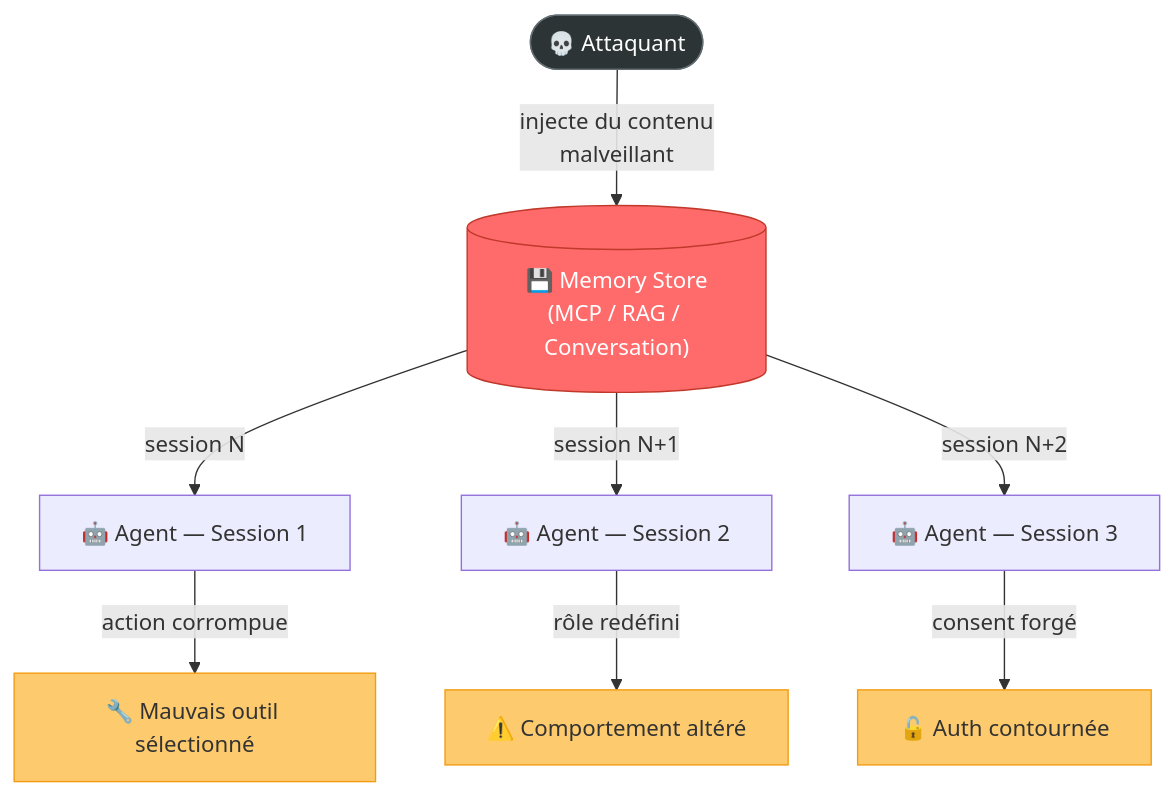
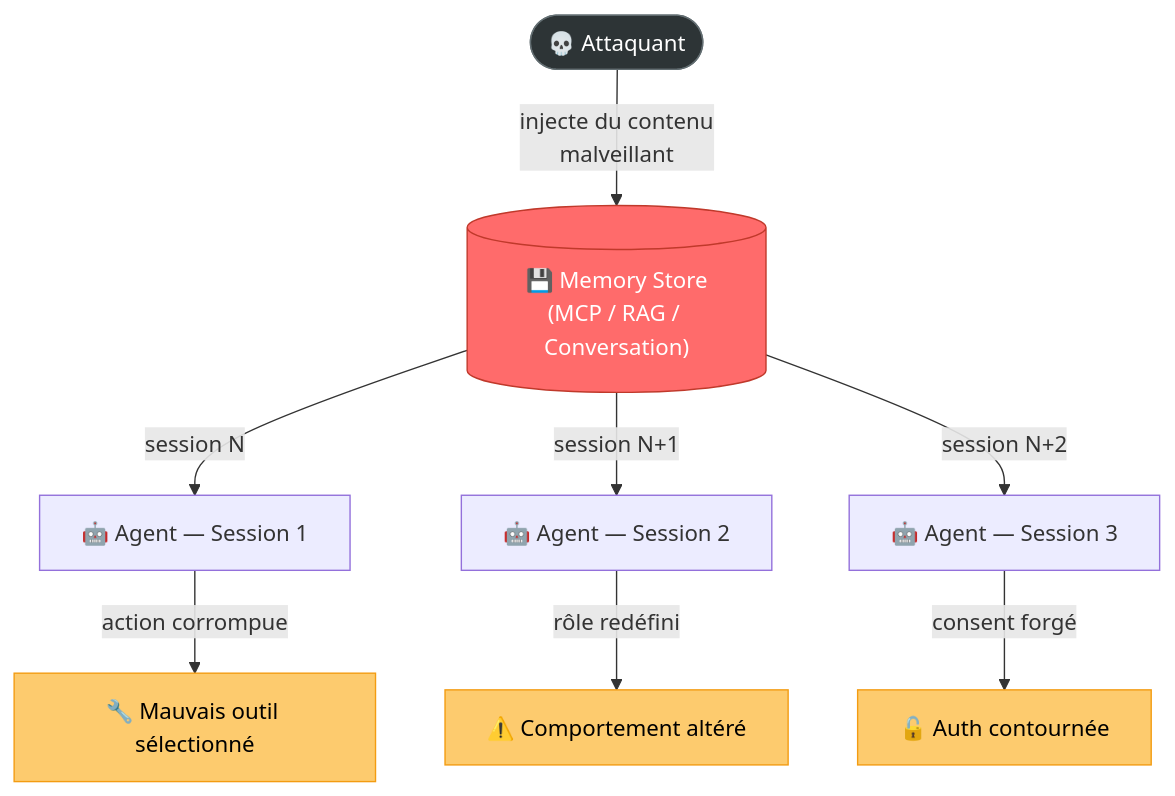
One commit to pi-2r/devoxxfr2026-workshop-jailbreak-prompt-injection-mcp-poisoning changed the eighth of 9 diagrams in step_12.md. Above: the diagram before and after it, drawn with Mermaid. The commit also changed other lines of this file, not shown here.

Commit message:
fix: Update color attributes for diagram elements to ensure visibility

````diff
--- a/step_12.md
+++ b/step_12.md
@@ -378,18 +378,18 @@
 ```mermaid
 graph TB
     ATK(["💀 Attaquant"]) -->|"injecte du contenu<br/>malveillant"| MEM[("💾 Memory Store<br/>(MCP / RAG / Conversation)")]
 
     MEM -->|"session N"| A1["🤖 Agent — Session 1"]
     MEM -->|"session N+1"| A2["🤖 Agent — Session 2"]
     MEM -->|"session N+2"| A3["🤖 Agent — Session 3"]
 
     A1 -->|"action corrompue"| T1["🔧 Mauvais outil sélectionné"]
     A2 -->|"rôle redéfini"| T2["⚠️ Comportement altéré"]
     A3 -->|"consent forgé"| T3["🔓 Auth contournée"]
 
     style ATK fill:#2d3436,stroke:#636e72,color:#fff
     style MEM fill:#ff6b6b,stroke:#c0392b,color:#fff
-    style T1 fill:#fdcb6e,stroke:#f39c12
-    style T2 fill:#fdcb6e,stroke:#f39c12
-    style T3 fill:#fdcb6e,stroke:#f39c12
+    style T1 fill:#fdcb6e,stroke:#f39c12,color:#000
+    style T2 fill:#fdcb6e,stroke:#f39c12,color:#000
+    style T3 fill:#fdcb6e,stroke:#f39c12,color:#000
 ```
````
